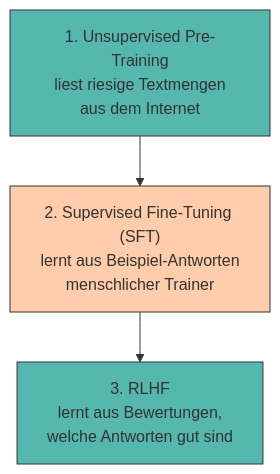
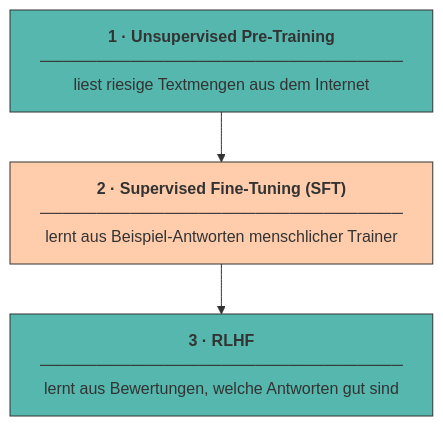
One commit to mciwing/data-campus changed the fourth of 5 diagrams in docs/prompt/funktionsweise-llms.md. Above: the diagram before and after it, drawn with Mermaid. The commit also changed other lines of this file and 1 other file, not shown here.

````diff
--- a/docs/prompt/funktionsweise-llms.md
+++ b/docs/prompt/funktionsweise-llms.md
@@ -280,8 +352,17 @@
 ```mermaid
 flowchart TB
-    A[1. Unsupervised Pre-Training<br/>liest riesige Textmengen<br/>aus dem Internet]:::teal --> B[2. Supervised Fine-Tuning #40;SFT#41;<br/>lernt aus Beispiel-Antworten<br/>menschlicher Trainer]:::peach
-    B --> C[3. RLHF<br/>lernt aus Bewertungen,<br/>welche Antworten gut sind]:::teal
+    A["`**1 · Unsupervised Pre-Training**
+    ────────────────────────────────
+    liest riesige Textmengen aus dem Internet`"]:::teal
+    B["`**2 · Supervised Fine-Tuning (SFT)**
+    ────────────────────────────────
+    lernt aus Beispiel-Antworten menschlicher Trainer`"]:::peach
+    C["`**3 · RLHF**
+    ────────────────────────────────
+    lernt aus Bewertungen, welche Antworten gut sind`"]:::teal
+
+    A --> B --> C
 
     classDef peach fill:#FFB482aa,stroke:#333,stroke-width:1px;
     classDef teal fill:#009485aa,stroke:#333,stroke-width:1px;
 ```
````
